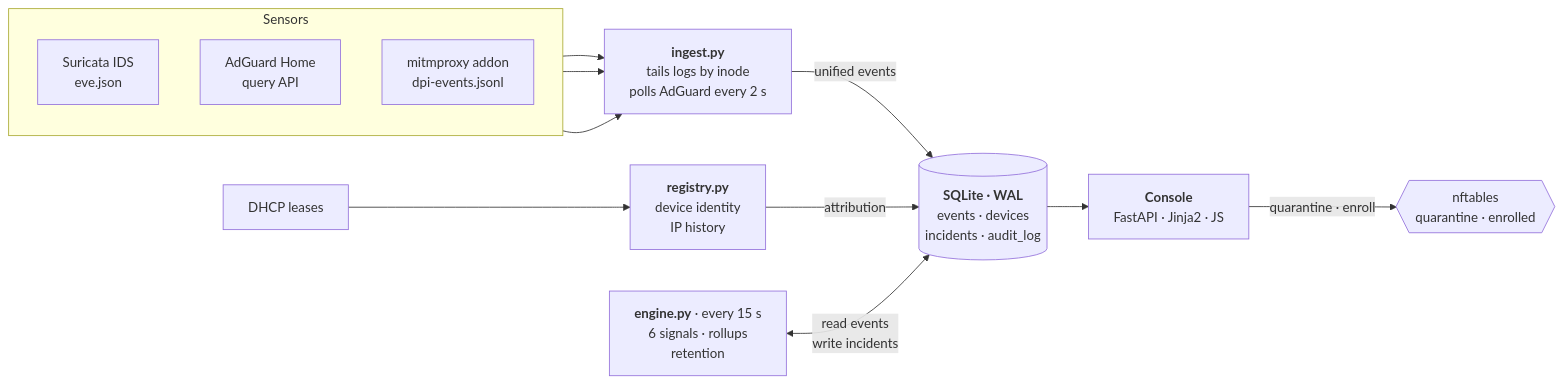
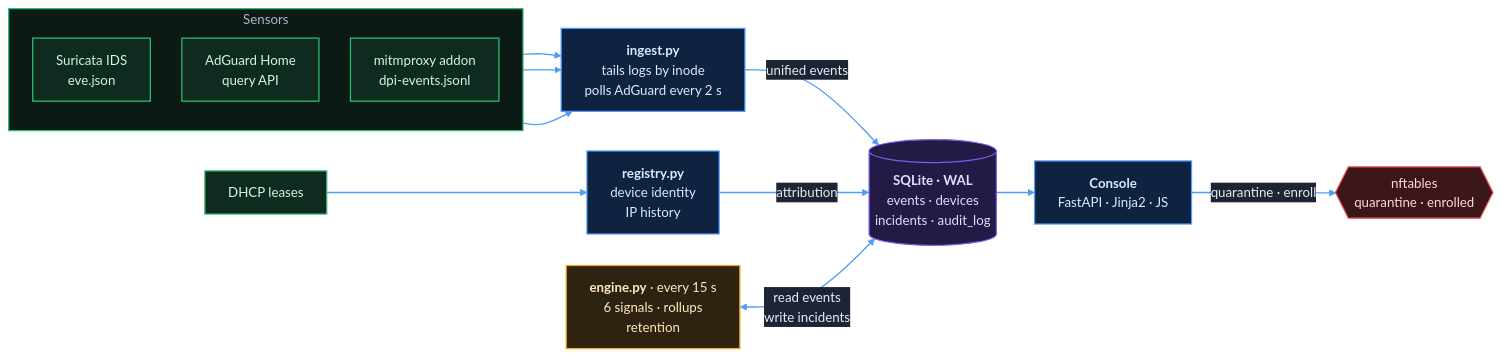
One commit to MaheshwariKushagra/securepi-gateway changed the second of 7 diagrams in README.md. Above: the diagram before and after it, drawn with Mermaid. The commit also changed other lines of this file, not shown here.

First line of the commit message:
Colour the README's Mermaid diagrams with the console palette

````diff
--- a/README.md
+++ b/README.md
@@ -186,26 +204,41 @@
 ```mermaid
+%%{init: {'theme':'base','themeVariables':{'primaryColor':'#161d2b','primaryTextColor':'#e6ecf5','primaryBorderColor':'#2e3a50','secondaryColor':'#111722','tertiaryColor':'#0d121b','lineColor':'#4f9cf9','clusterBkg':'#0d121b','clusterBorder':'#2e3a50','titleColor':'#aab6c8','edgeLabelBackground':'#1d2534','textColor':'#8d99ad'},'flowchart':{'curve':'basis','padding':14,'nodeSpacing':38,'rankSpacing':46}}}%%
 flowchart LR
     subgraph S["Sensors"]
         direction TB
         SUR["Suricata IDS<br/>eve.json"]
         AGH["AdGuard Home<br/>query API"]
         DPI["mitmproxy addon<br/>dpi-events.jsonl"]
     end
 
     ING["<b>ingest.py</b><br/>tails logs by inode<br/>polls AdGuard every 2 s"]
     LEASE["DHCP leases"]
     REG["<b>registry.py</b><br/>device identity<br/>IP history"]
     DB[("<b>SQLite · WAL</b><br/>events · devices<br/>incidents · audit_log")]
     ENG["<b>engine.py</b> · every 15 s<br/>6 signals · rollups<br/>retention"]
     UI["<b>Console</b><br/>FastAPI · Jinja2 · JS"]
     NFT{{"nftables<br/>quarantine · enrolled"}}
 
     SUR --> ING
     AGH --> ING
     DPI --> ING
     ING -->|"unified events"| DB
     LEASE --> REG -->|"attribution"| DB
     ENG <-->|"read events<br/>write incidents"| DB
     DB --> UI
     UI -->|"quarantine · enroll"| NFT
+
+    classDef ext fill:#161d2b,stroke:#5a6679,stroke-width:1.5px,color:#e6ecf5
+    classDef sensor fill:#0f2a1f,stroke:#2fbf71,stroke-width:1.5px,color:#d5f5e3
+    classDef pipe fill:#0f2240,stroke:#4f9cf9,stroke-width:1.5px,color:#dbe9ff
+    classDef store fill:#231b45,stroke:#7b5cf0,stroke-width:1.5px,color:#e4dcff
+    classDef detect fill:#2e2210,stroke:#f5a524,stroke-width:1.5px,color:#ffe9c2
+    classDef danger fill:#3a1519,stroke:#f2545b,stroke-width:1.5px,color:#ffd9db
+    class SUR,AGH,DPI,LEASE sensor
+    class ING,REG,UI pipe
+    class DB store
+    class ENG detect
+    class NFT danger
+    style S fill:#0b1a14,stroke:#2fbf71,stroke-width:1.5px,color:#aab6c8
+    linkStyle default stroke:#4f9cf9,stroke-width:1.6px
 ```
````
